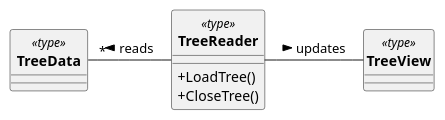
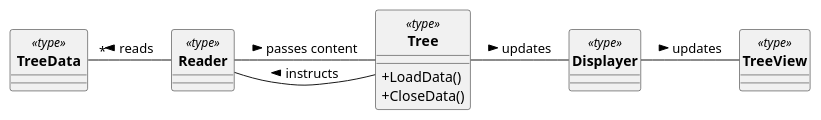
Before and after one commit to jiristrouhal/HoFi: the diagram in uml/uml.puml, drawn with PlantUML. The commit also changed 2 other files, not shown here.

```diff
--- a/uml/uml.puml
+++ b/uml/uml.puml
@@ -1,23 +1,34 @@
 @startuml domain_model
     skinparam classAttributeIconSize 0
     skinparam style strictuml
 
 
     class " **TreeData** " as TD <<type>> {
 
     }
 
-    class "**TreeView**" as TV <<type>>{
+    class " **Reader** " as R <<type>> {
 
     }
 
-    class "**TreeReader**" as TR <<type>> {
-        + LoadTree()
-        + CloseTree()
+    class "**Displayer**" as D <<type>> {
+
+    }
+ 
+    class "**Tree**" as T <<type>>{
+        + LoadData()
+        + CloseData()
     }
 
-    TD " * " --right-- TR: reads < 
-    TR -right- TV: updates >
+    class "**TreeView**" as TV <<type>> {
+
+    }
+
+    TD " * " --right-- R: reads < 
+    R --right-- T: passes content >
+    R --right-- T: instructs <
+    T --right-- D: updates >
+    D -right- TV: updates >
 
 
 @enduml
```
